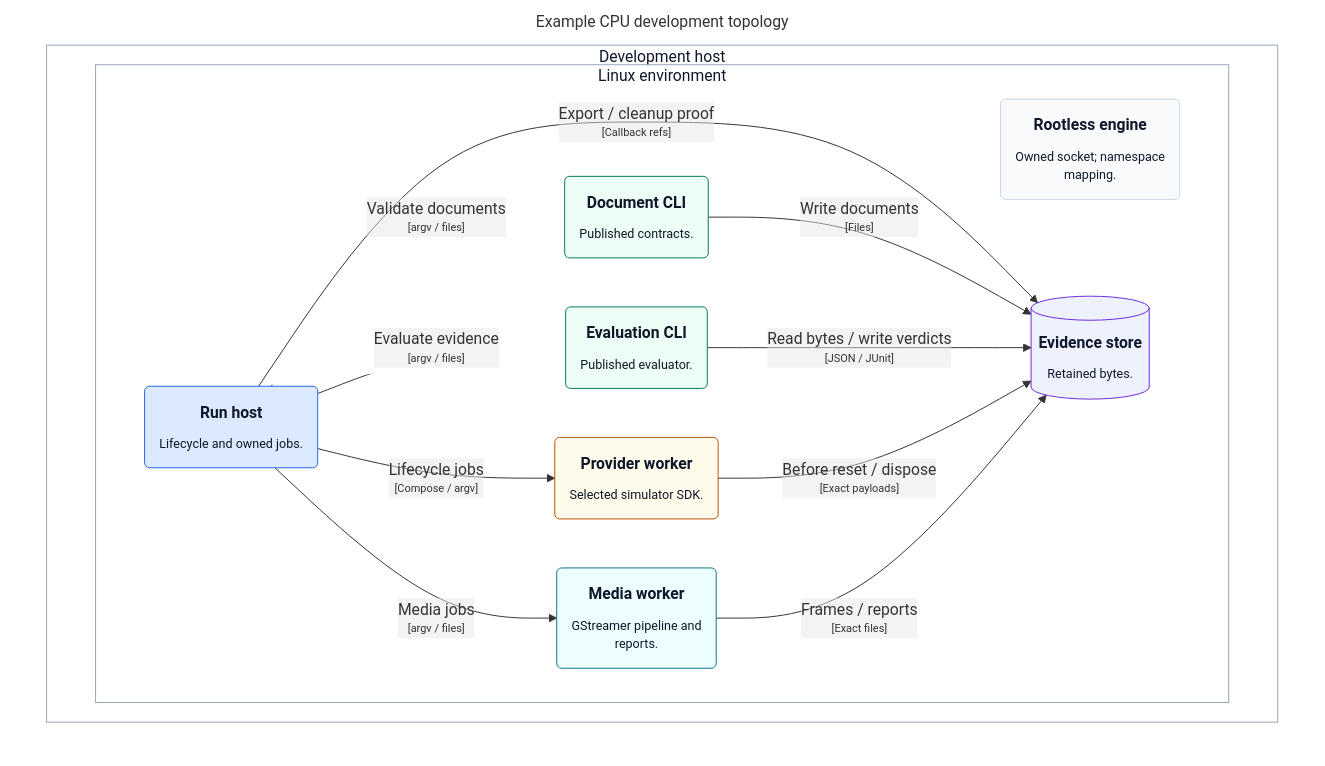
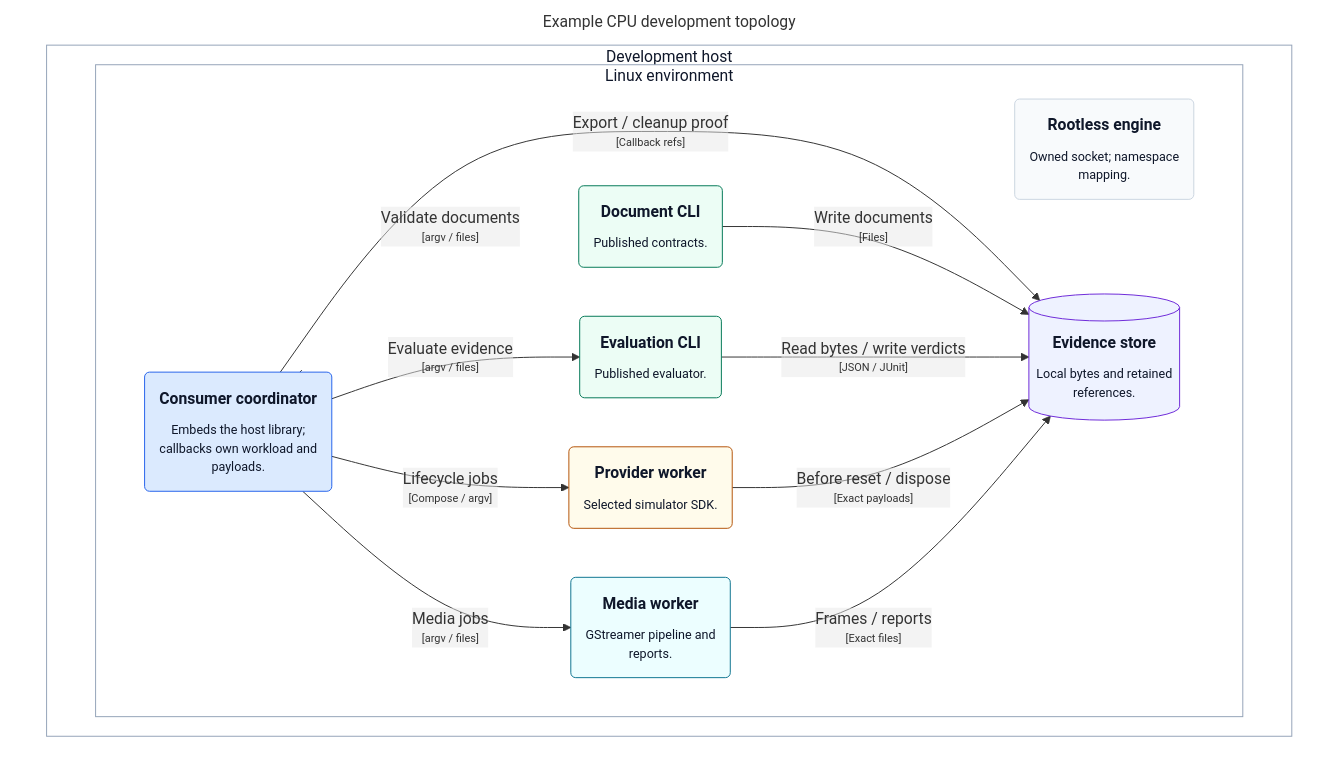
Before and after one commit to mmkolpakov/robotics-runtime: the diagram in docs/architecture/generated/structurizr-DevelopmentDeployment.mmd, drawn with Mermaid. The commit also changed 19 other files, not shown here.

Commit message:
docs: separate CLI and embedded host architecture views

```diff
--- a/docs/architecture/generated/structurizr-DevelopmentDeployment.mmd
+++ b/docs/architecture/generated/structurizr-DevelopmentDeployment.mmd
@@ -1,41 +1,41 @@
 graph TB
   linkStyle default fill:#ffffff
 
   subgraph diagram ["Example CPU development topology"]
     style diagram fill:#ffffff,stroke:#ffffff
 
-    subgraph 60 ["Development host"]
-      style 60 fill:#ffffff,stroke:#94a3b8,color:#0f172a
+    subgraph 65 ["Development host"]
+      style 65 fill:#ffffff,stroke:#94a3b8,color:#0f172a
 
-      subgraph 61 ["Linux environment"]
-        style 61 fill:#ffffff,stroke:#94a3b8,color:#0f172a
+      subgraph 66 ["Linux environment"]
+        style 66 fill:#ffffff,stroke:#94a3b8,color:#0f172a
 
-        62("<div style='font-weight: bold'>Rootless engine</div><div style='font-size: 80%; margin-top:10px'>Owned socket; namespace<br />mapping.</div>")
-        style 62 fill:#f8fafc,stroke:#cbd5e1,color:#0f172a
-        63("<div style='font-weight: bold'>Run host</div><div style='font-size: 80%; margin-top:10px'>Lifecycle and owned jobs.</div>")
-        style 63 fill:#dbeafe,stroke:#2563eb,color:#0f172a
-        64("<div style='font-weight: bold'>Document CLI</div><div style='font-size: 80%; margin-top:10px'>Published contracts.</div>")
-        style 64 fill:#ecfdf5,stroke:#047857,color:#0f172a
-        66("<div style='font-weight: bold'>Evaluation CLI</div><div style='font-size: 80%; margin-top:10px'>Published evaluator.</div>")
-        style 66 fill:#ecfdf5,stroke:#047857,color:#0f172a
-        68("<div style='font-weight: bold'>Provider worker</div><div style='font-size: 80%; margin-top:10px'>Selected simulator SDK.</div>")
-        style 68 fill:#fffbeb,stroke:#b45309,color:#0f172a
-        70("<div style='font-weight: bold'>Media worker</div><div style='font-size: 80%; margin-top:10px'>GStreamer pipeline and<br />reports.</div>")
-        style 70 fill:#ecfeff,stroke:#0e7490,color:#0f172a
-        72[("<div style='font-weight: bold'>Evidence store</div><div style='font-size: 80%; margin-top:10px'>Retained bytes.</div>")]
-        style 72 fill:#eef2ff,stroke:#6d28d9,color:#0f172a
+        67("<div style='font-weight: bold'>Rootless engine</div><div style='font-size: 80%; margin-top:10px'>Owned socket; namespace<br />mapping.</div>")
+        style 67 fill:#f8fafc,stroke:#cbd5e1,color:#0f172a
+        68("<div style='font-weight: bold'>Consumer coordinator</div><div style='font-size: 80%; margin-top:10px'>Embeds the host library;<br />callbacks own workload and<br />payloads.</div>")
+        style 68 fill:#dbeafe,stroke:#2563eb,color:#0f172a
+        69("<div style='font-weight: bold'>Document CLI</div><div style='font-size: 80%; margin-top:10px'>Published contracts.</div>")
+        style 69 fill:#ecfdf5,stroke:#047857,color:#0f172a
+        71("<div style='font-weight: bold'>Evaluation CLI</div><div style='font-size: 80%; margin-top:10px'>Published evaluator.</div>")
+        style 71 fill:#ecfdf5,stroke:#047857,color:#0f172a
+        73("<div style='font-weight: bold'>Provider worker</div><div style='font-size: 80%; margin-top:10px'>Selected simulator SDK.</div>")
+        style 73 fill:#fffbeb,stroke:#b45309,color:#0f172a
+        75("<div style='font-weight: bold'>Media worker</div><div style='font-size: 80%; margin-top:10px'>GStreamer pipeline and<br />reports.</div>")
+        style 75 fill:#ecfeff,stroke:#0e7490,color:#0f172a
+        77[("<div style='font-weight: bold'>Evidence store</div><div style='font-size: 80%; margin-top:10px'>Local bytes and retained<br />references.</div>")]
+        style 77 fill:#eef2ff,stroke:#6d28d9,color:#0f172a
       end
 
     end
 
-    63-- "<div>Validate documents</div><div style='font-size: 70%'>[argv / files]</div>" -->64
-    63-- "<div>Evaluate evidence</div><div style='font-size: 70%'>[argv / files]</div>" -->66
-    63-- "<div>Lifecycle jobs</div><div style='font-size: 70%'>[Compose / argv]</div>" -->68
-    63-- "<div>Media jobs</div><div style='font-size: 70%'>[argv / files]</div>" -->70
-    63-- "<div>Export / cleanup proof</div><div style='font-size: 70%'>[Callback refs]</div>" -->72
-    64-- "<div>Write documents</div><div style='font-size: 70%'>[Files]</div>" -->72
-    66-- "<div>Read bytes / write verdicts</div><div style='font-size: 70%'>[JSON / JUnit]</div>" -->72
-    68-- "<div>Before reset / dispose</div><div style='font-size: 70%'>[Exact payloads]</div>" -->72
-    70-- "<div>Frames / reports</div><div style='font-size: 70%'>[Exact files]</div>" -->72
+    68-- "<div>Validate documents</div><div style='font-size: 70%'>[argv / files]</div>" -->69
+    68-- "<div>Evaluate evidence</div><div style='font-size: 70%'>[argv / files]</div>" -->71
+    68-- "<div>Lifecycle jobs</div><div style='font-size: 70%'>[Compose / argv]</div>" -->73
+    68-- "<div>Media jobs</div><div style='font-size: 70%'>[argv / files]</div>" -->75
+    68-- "<div>Export / cleanup proof</div><div style='font-size: 70%'>[Callback refs]</div>" -->77
+    69-- "<div>Write documents</div><div style='font-size: 70%'>[Files]</div>" -->77
+    71-- "<div>Read bytes / write verdicts</div><div style='font-size: 70%'>[JSON / JUnit]</div>" -->77
+    73-- "<div>Before reset / dispose</div><div style='font-size: 70%'>[Exact payloads]</div>" -->77
+    75-- "<div>Frames / reports</div><div style='font-size: 70%'>[Exact files]</div>" -->77
 
   end
```
